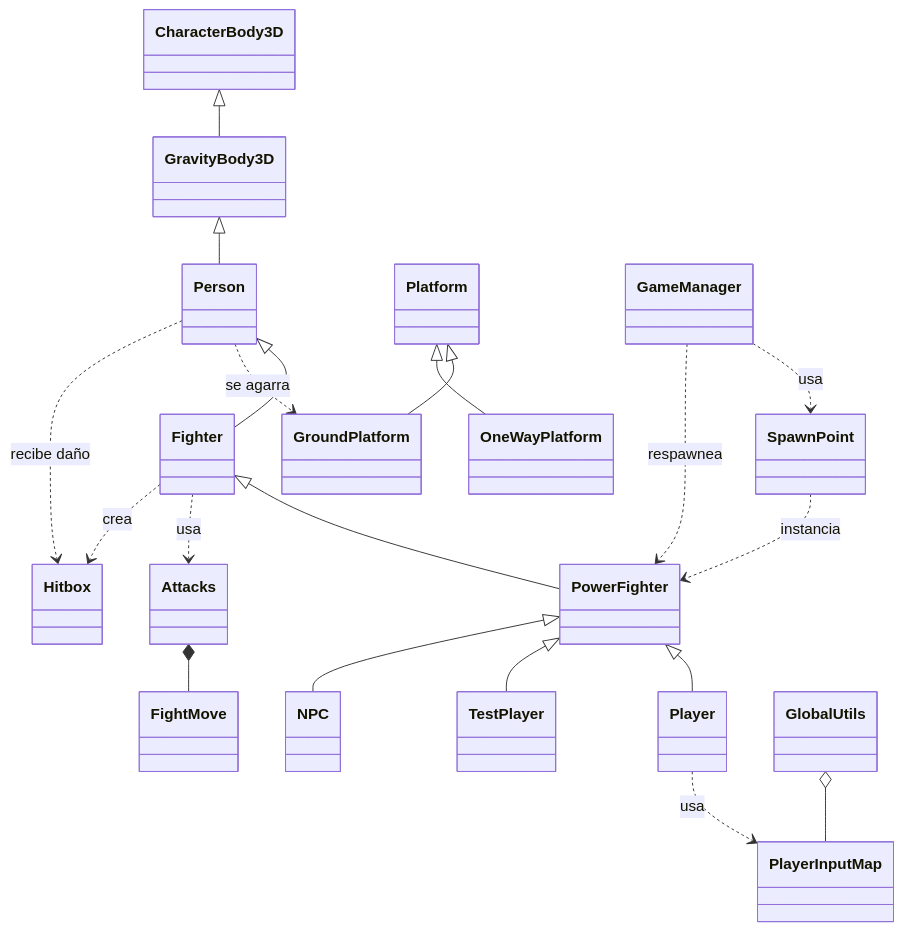
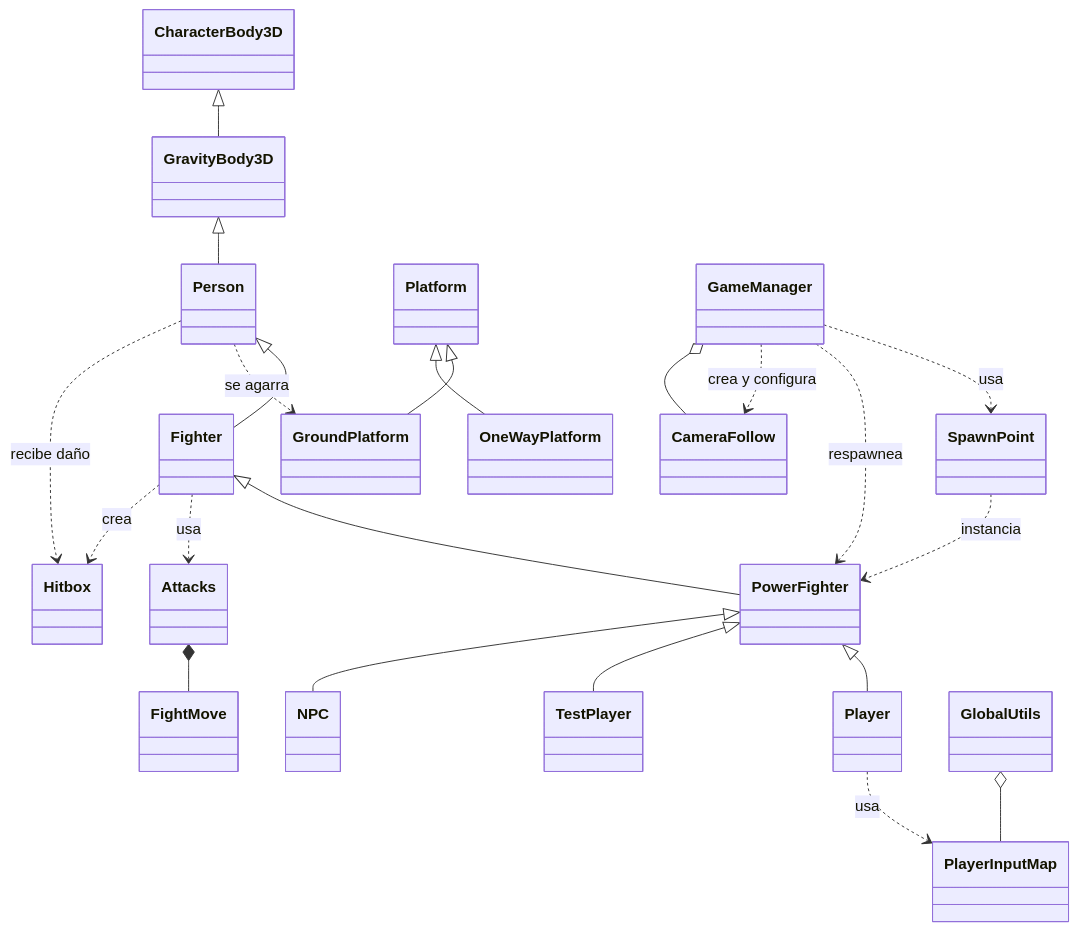
The diagram in docs/uml-arquitectura.md (CocoMarck/SuperSmashTux), drawn with Mermaid before and after one commit. The commit also changed other lines of this file and 22 other files, not shown here.

Commit message:
Refactor GameManager. Menos monolitico, simple, y optimizado.

````diff
--- a/docs/uml-arquitectura.md
+++ b/docs/uml-arquitectura.md
@@ -13,26 +13,28 @@
 ```mermaid
 classDiagram
 	direction TB
 
 	CharacterBody3D <|-- GravityBody3D
 	GravityBody3D <|-- Person
 	Person <|-- Fighter
 	Fighter <|-- PowerFighter
 	PowerFighter <|-- Player
 	PowerFighter <|-- TestPlayer
 	PowerFighter <|-- NPC
 
 	Platform <|-- GroundPlatform
 	Platform <|-- OneWayPlatform
 
 	Person ..> GroundPlatform : se agarra
 	Fighter ..> Attacks : usa
 	Attacks *-- FightMove
 	Fighter ..> Hitbox : crea
 	Person ..> Hitbox : recibe daño
 	Player ..> PlayerInputMap : usa
 	GlobalUtils o-- PlayerInputMap
 	SpawnPoint ..> PowerFighter : instancia
 	GameManager ..> SpawnPoint : usa
 	GameManager ..> PowerFighter : respawnea
+	GameManager ..> CameraFollow : crea y configura
+	GameManager o-- CameraFollow
 ```
````
